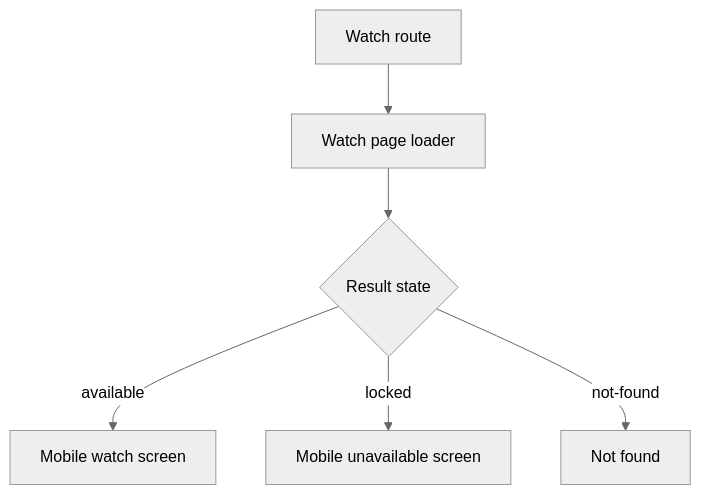
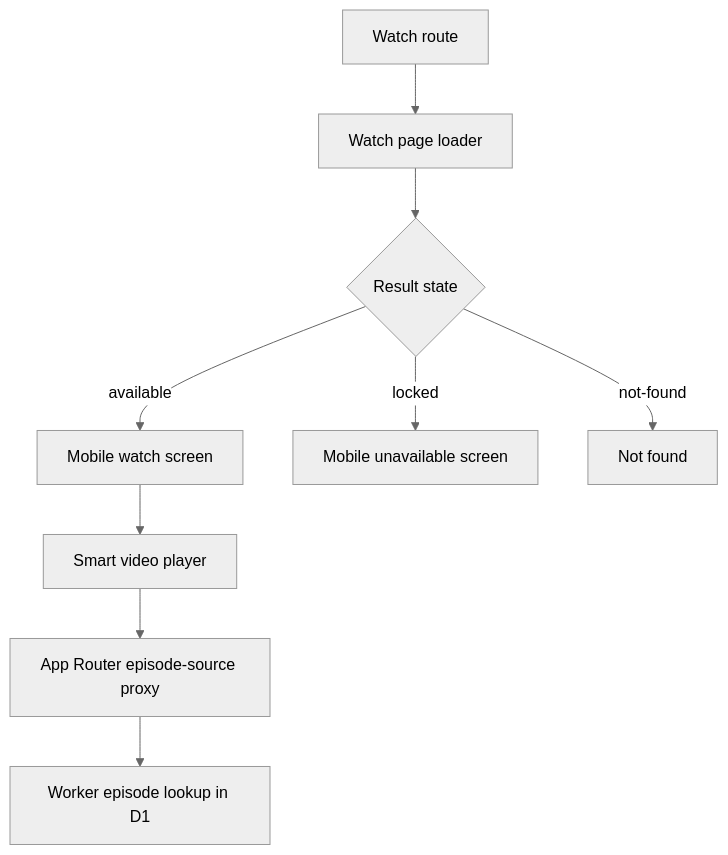
Before and after one commit to xyrusL/rioanimeplay: the third of 3 diagrams in docs/mobile-flow.md, drawn with Mermaid (neutral theme). The commit also changed other lines of this file and 35 other files, not shown here.

````diff
--- a/docs/mobile-flow.md
+++ b/docs/mobile-flow.md
@@ -96,8 +96,11 @@
 ```mermaid
 flowchart TD
     A["Watch route"] --> B["Watch page loader"]
     B --> C{"Result state"}
     C -->|available| D["Mobile watch screen"]
     C -->|locked| E["Mobile unavailable screen"]
     C -->|not-found| F["Not found"]
+    D --> G["Smart video player"]
+    G --> H["App Router episode-source proxy"]
+    H --> I["Worker episode lookup in D1"]
 ```
````
